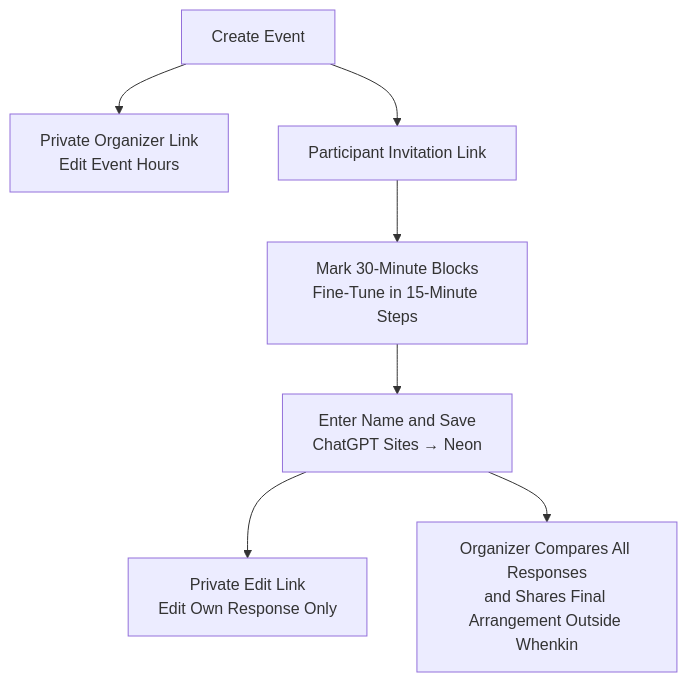
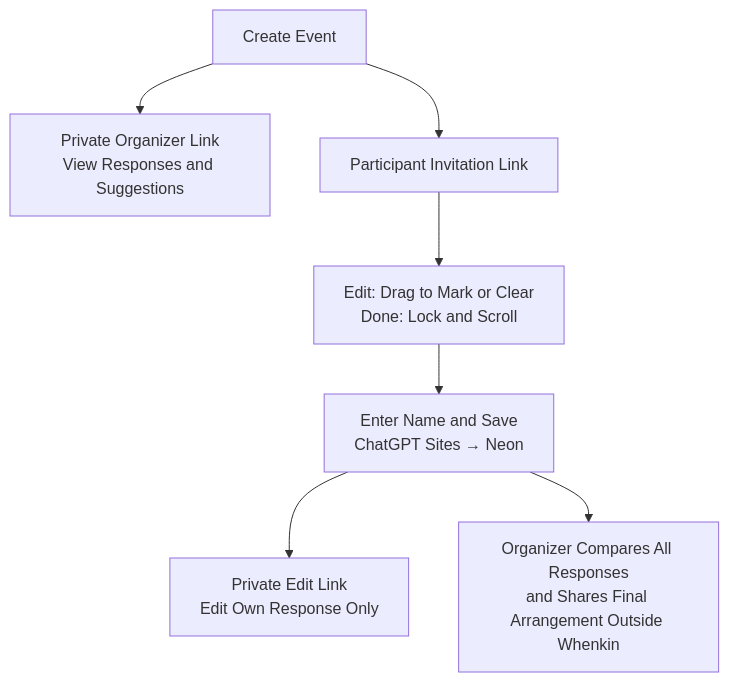
The second of 2 diagrams in README.md (jimmy181211/whenkin), drawn with Mermaid before and after one commit. The commit also changed other lines of this file and 19 other files, not shown here.

````diff
--- a/README.md
+++ b/README.md
@@ -43,9 +44,9 @@
 ```mermaid
 flowchart TD
-  C["Create Event"] --> O["Private Organizer Link<br/>Edit Event Hours"]
+  C["Create Event"] --> O["Private Organizer Link<br/>View Responses and Suggestions"]
   C --> P["Participant Invitation Link"]
-  P --> R["Mark 30-Minute Blocks<br/>Fine-Tune in 15-Minute Steps"]
+  P --> R["Edit: Drag to Mark or Clear<br/>Done: Lock and Scroll"]
   R --> N["Enter Name and Save<br/>ChatGPT Sites → Neon"]
   N --> E["Private Edit Link<br/>Edit Own Response Only"]
   N --> F["Organizer Compares All Responses<br/>and Shares Final Arrangement Outside Whenkin"]
 ```
````
